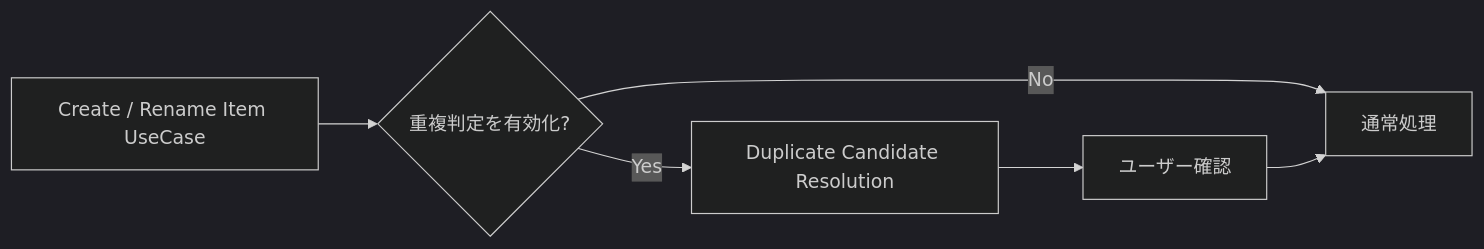
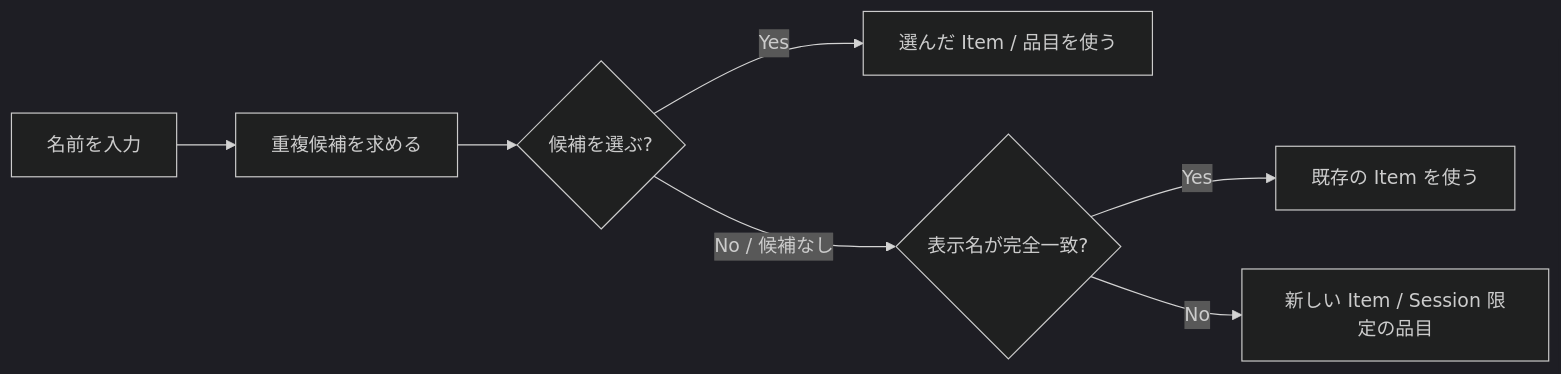
Before and after one commit to kyo1941/RecipeDeck: the third of 3 diagrams in docs/spec.md, drawn with Mermaid (dark theme). The commit also changed other lines of this file and 7 other files, not shown here.

Commit message:
feat: Item と Session の品目の重複候補を求める UseCase を追加する

````diff
--- a/docs/spec.md
+++ b/docs/spec.md
@@ -249,8 +262,9 @@
 ```mermaid
 flowchart LR
-    A["Create / Rename Item UseCase"] --> B{"重複判定を有効化?"}
-    B -->|"No"| C["通常処理"]
-    B -->|"Yes"| D["Duplicate Candidate Resolution"]
-    D --> E["ユーザー確認"]
-    E --> C
+    A["名前を入力"] --> B["重複候補を求める"]
+    B --> C{"候補を選ぶ?"}
+    C -->|"Yes"| D["選んだ Item / 品目を使う"]
+    C -->|"No / 候補なし"| E{"表示名が完全一致?"}
+    E -->|"Yes"| F["既存の Item を使う"]
+    E -->|"No"| G["新しい Item / Session 限定の品目"]
 ```
````
